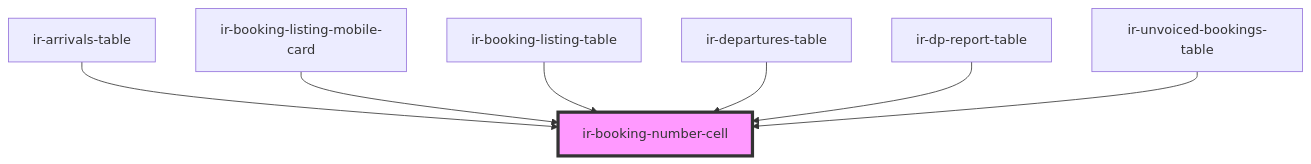
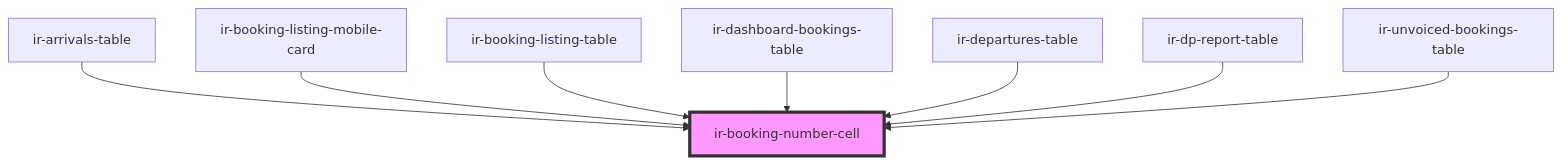
The diagram in src/components/table-cells/booking/ir-booking-number-cell/readme.md (RonyRizk/ir-webcmp), drawn with Mermaid before and after one commit. The commit also changed other lines of this file and 76 other files, not shown here.

````diff
--- a/src/components/table-cells/booking/ir-booking-number-cell/readme.md
+++ b/src/components/table-cells/booking/ir-booking-number-cell/readme.md
@@ -45,10 +46,11 @@
 ```mermaid
 graph TD;
   ir-arrivals-table --> ir-booking-number-cell
   ir-booking-listing-mobile-card --> ir-booking-number-cell
   ir-booking-listing-table --> ir-booking-number-cell
+  ir-dashboard-bookings-table --> ir-booking-number-cell
   ir-departures-table --> ir-booking-number-cell
   ir-dp-report-table --> ir-booking-number-cell
   ir-unvoiced-bookings-table --> ir-booking-number-cell
   style ir-booking-number-cell fill:#f9f,stroke:#333,stroke-width:4px
 ```
````
